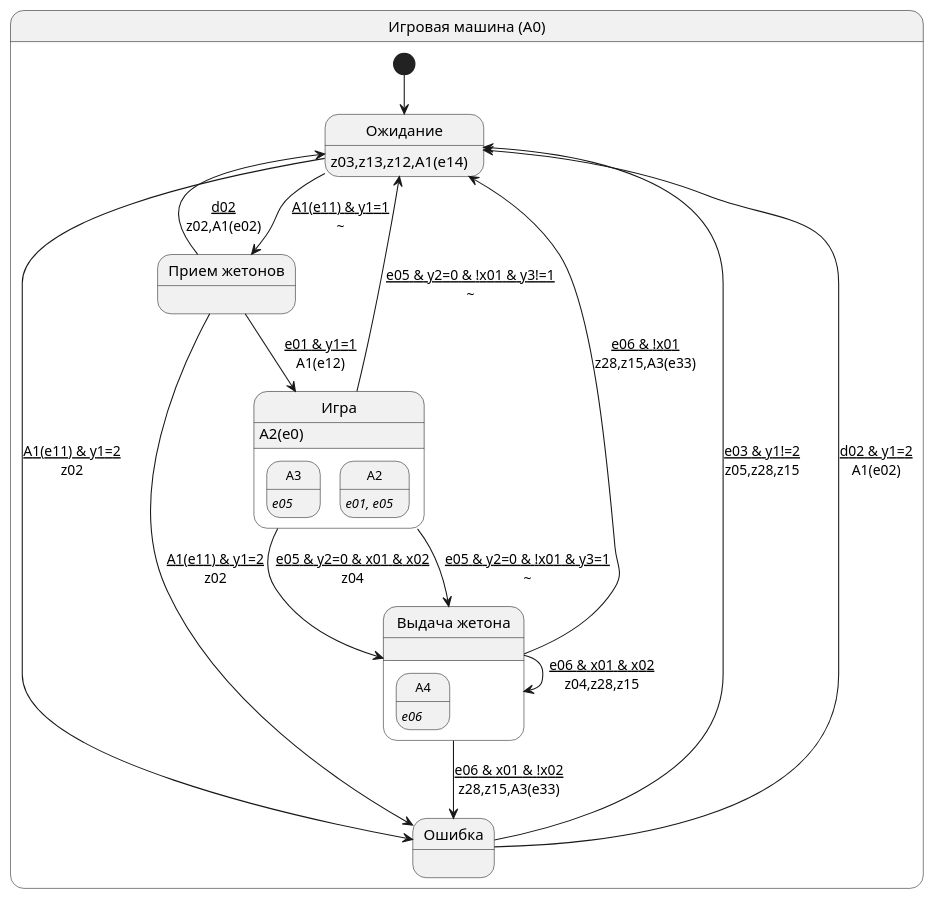
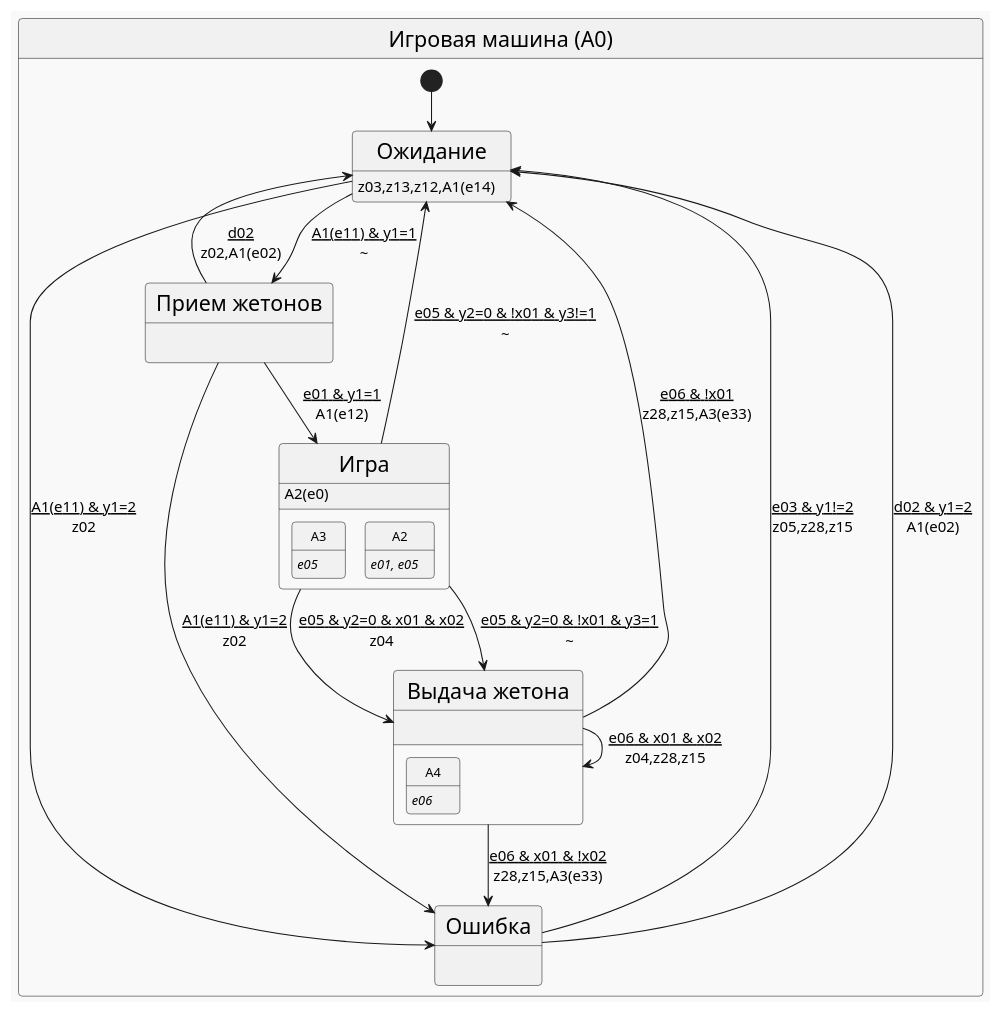
One commit to PhoenixNazarov/fsm-multiply changed the diagram in articles/multiply_many_nested/puml/a0.puml. Above: the diagram before and after it, drawn with PlantUML. The commit also changed 8 other files, not shown here.

First line of the commit message:
Switch article diagrams to the mars PlantUML theme; readable final-state names

```diff
--- a/articles/multiply_many_nested/puml/a0.puml
+++ b/articles/multiply_many_nested/puml/a0.puml
@@ -1,31 +1,33 @@
 @startuml
-skinparam backgroundColor white
+!theme mars
+skinparam stateFontSize 20
+skinparam arrowFontSize 14
 state "Игровая машина (A0)" as A0 {
     [*] --> A00
     state "Ожидание" as A00 : <size:14>z03,z13,z12,A1(e14)
     state "Прием жетонов" as A01 : 
     state "Игра" as A02 : <size:14>A2(e0)
     state "Ошибка" as A03 : 
     state "Выдача жетона" as A04 : 
     state "Игра" as A02 {
         state "<size:12>A3" as F1 : <size:12><i>e05
         state "<size:12>A2" as F2 : <size:12><i>e01, e05
     }
     state "Выдача жетона" as A04 {
         state "<size:12>A4" as F3 : <size:12><i>e06
     }
     A00 --> A01 : <u>A1(e11) & y1=1\n~
     A00 --> A03 : <u>A1(e11) & y1=2\nz02
     A01 --> A00 : <u>d02\nz02,A1(e02)
     A01 --> A02 : <u>e01 & y1=1\nA1(e12)
     A01 --> A03 : <u>A1(e11) & y1=2\nz02
     A02 --> A04 : <u>e05 & y2=0 & x01 & x02\nz04
     A02 --> A04 : <u>e05 & y2=0 & !x01 & y3=1\n~
     A02 --> A00 : <u>e05 & y2=0 & !x01 & y3!=1\n~
     A03 --> A00 : <u>e03 & y1!=2\nz05,z28,z15
     A03 --> A00 : <u>d02 & y1=2\nA1(e02)
     A04 --> A04 : <u>e06 & x01 & x02\nz04,z28,z15
     A04 --> A03 : <u>e06 & x01 & !x02\nz28,z15,A3(e33)
     A04 --> A00 : <u>e06 & !x01\nz28,z15,A3(e33)
 }
 @enduml
```
